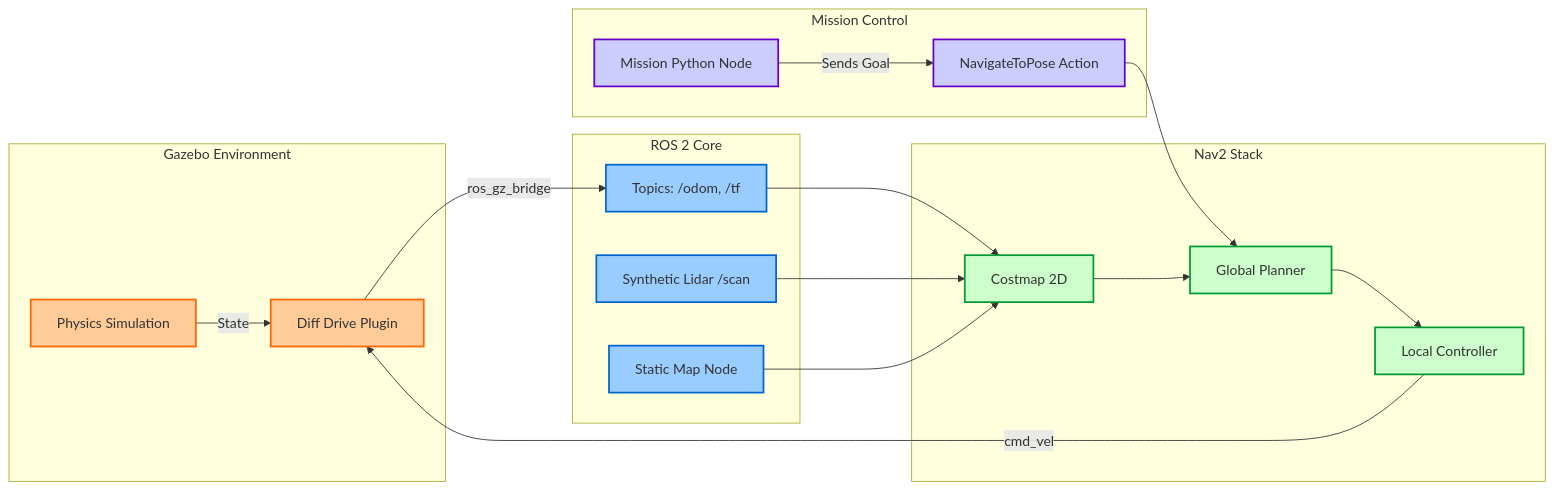
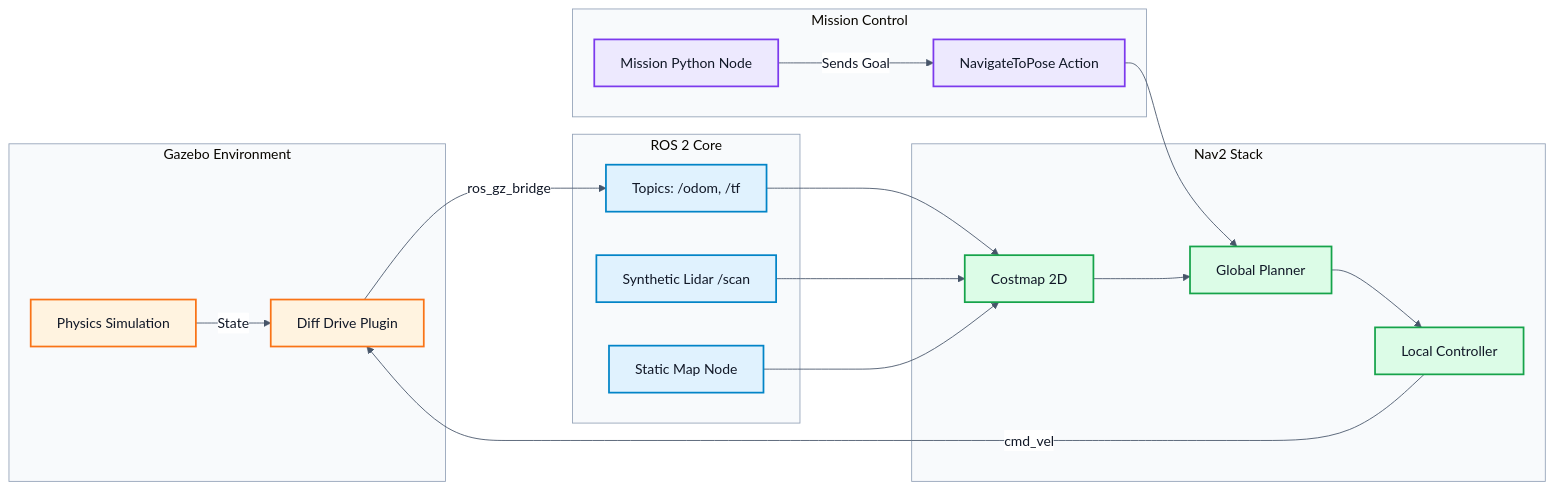
The diagram in README.md (13bad37/ROS2-Navbot-Simulation), drawn with Mermaid before and after one commit. The commit also changed other lines of this file and 1 other file, not shown here.

````diff
--- a/README.md
+++ b/README.md
@@ -66,45 +66,46 @@
 ```mermaid
+%%{init: {"theme": "base", "themeVariables": {"fontFamily": "Arial, sans-serif", "primaryTextColor": "#111827", "lineColor": "#475569", "clusterBkg": "#f8fafc", "clusterBorder": "#94a3b8", "edgeLabelBackground": "#ffffff"}}}%%
 flowchart LR
     subgraph "Gazebo Environment"
         A[Physics Simulation] 
         I[Diff Drive Plugin]
     end
 
     subgraph "ROS 2 Core"
         C[Topics: /odom, /tf]
         L[Synthetic Lidar /scan]
         D[Static Map Node]
     end
 
     subgraph "Nav2 Stack"
         E[Costmap 2D]
         F[Global Planner]
         G[Local Controller]
     end
     
     subgraph "Mission Control"
         J[Mission Python Node]
         K[NavigateToPose Action]
     end
 
     A -->|State| I
     I -->|ros_gz_bridge| C
     C --> E
     L --> E
     D --> E
     E --> F
     F --> G
     G -->|cmd_vel| I
     J -->|Sends Goal| K
     K --> F
 
-    classDef gazebo fill:#ffcc99,stroke:#ff6600,stroke-width:2px;
-    classDef ros fill:#99ccff,stroke:#0066cc,stroke-width:2px;
-    classDef nav fill:#ccffcc,stroke:#009933,stroke-width:2px;
-    classDef control fill:#ccccff,stroke:#6600cc,stroke-width:2px;
+    classDef gazebo fill:#fff3e0,stroke:#f97316,stroke-width:2px,color:#111827;
+    classDef ros fill:#e0f2fe,stroke:#0284c7,stroke-width:2px,color:#111827;
+    classDef nav fill:#dcfce7,stroke:#16a34a,stroke-width:2px,color:#111827;
+    classDef control fill:#ede9fe,stroke:#7c3aed,stroke-width:2px,color:#111827;
 
     class A,I gazebo;
     class C,L,D ros;
     class E,F,G nav;
     class J,K control;
 ```
````
